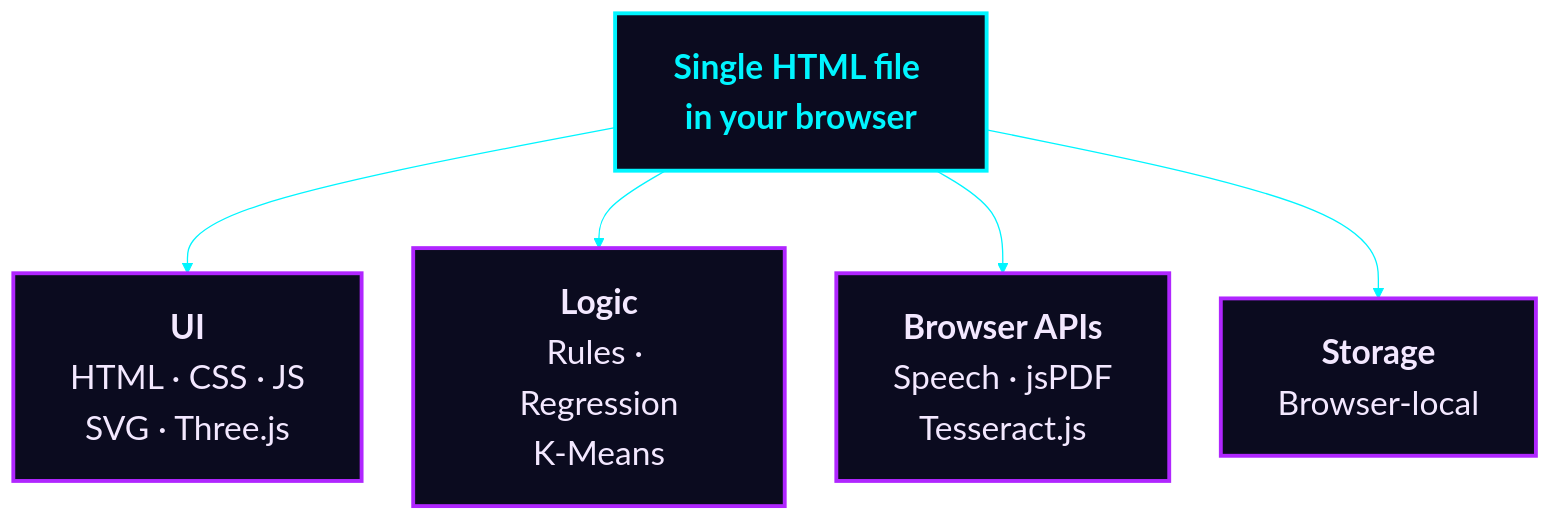
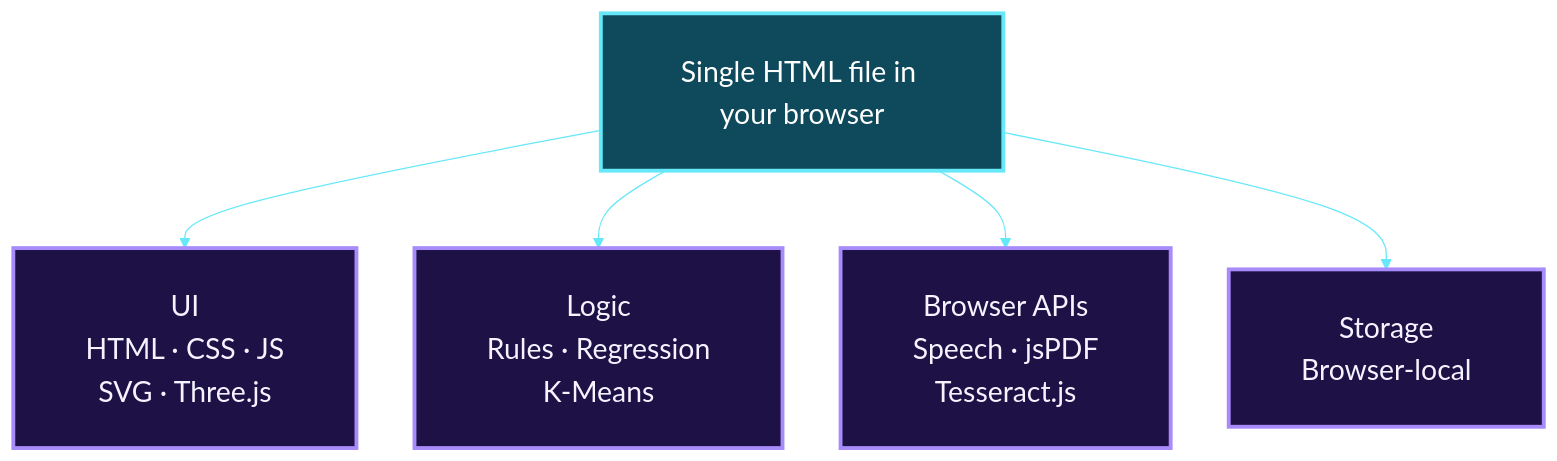
Diagram 12 of 13 in README.md (Mansi232323/MANSHORA), drawn with Mermaid before and after one commit. The commit also changed other lines of this file, not shown here.

````diff
--- a/README.md
+++ b/README.md
@@ -484,13 +489,13 @@
 ```mermaid
-%%{init: {'theme':'base','themeVariables':{'fontSize':'26px','lineColor':'#00f5ff','clusterBkg':'#0b0b1f','clusterBorder':'#ff00e5','titleColor':'#ff00e5','edgeLabelBackground':'#0b0b1f'},'flowchart':{'nodeSpacing':40,'rankSpacing':60,'padding':22,'htmlLabels':true}}}%%
+%%{init: {'theme':'base','themeVariables':{'fontSize':'22px','fontFamily':'Arial, Helvetica, sans-serif','lineColor':'#67e8f9','clusterBkg':'#0f0f2b','clusterBorder':'#a78bfa','titleColor':'#e9d5ff','edgeLabelBackground':'#0f0f2b'},'flowchart':{'nodeSpacing':45,'rankSpacing':60,'padding':28,'htmlLabels':false,'useMaxWidth':true}}}%%
 flowchart TB
-    B["<b>Single HTML file in your browser</b>"]
-    B --> U["<b>UI</b><br/>HTML · CSS · JS<br/>SVG · Three.js"]
-    B --> L["<b>Logic</b><br/>Rules · Regression<br/>K-Means"]
-    B --> A["<b>Browser APIs</b><br/>Speech · jsPDF<br/>Tesseract.js"]
-    B --> S["<b>Storage</b><br/>Browser-local"]
-    classDef core fill:#0b0b1f,stroke:#00f5ff,stroke-width:3px,color:#00f5ff
-    classDef n fill:#0b0b1f,stroke:#b026ff,stroke-width:3px,color:#f3e8ff
+    B["Single HTML file in your browser"]
+    B --> U["UI<br/>HTML · CSS · JS<br/>SVG · Three.js"]
+    B --> L["Logic<br/>Rules · Regression<br/>K-Means"]
+    B --> A["Browser APIs<br/>Speech · jsPDF<br/>Tesseract.js"]
+    B --> S["Storage<br/>Browser-local"]
+    classDef core fill:#0e4a5c,stroke:#67e8f9,stroke-width:3px,color:#ffffff
+    classDef n fill:#1e1145,stroke:#a78bfa,stroke-width:3px,color:#f5f3ff
     class B core
     class U,L,A,S n
 ```
````
